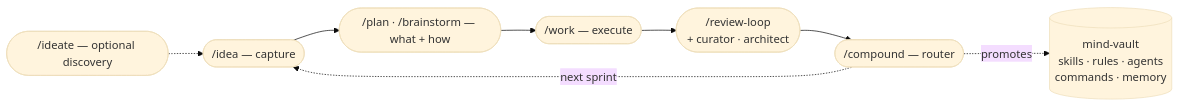
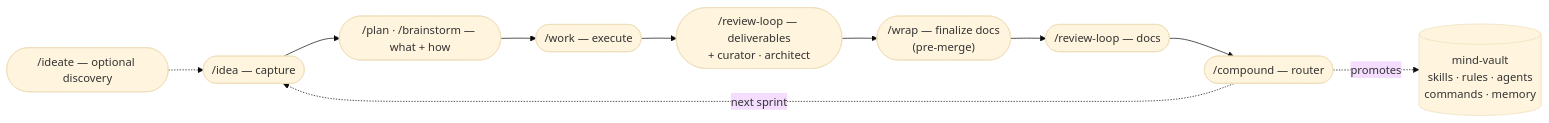
One commit to infohata/mind-vault changed the diagram in README.md. Above: the diagram before and after it, drawn with Mermaid (base theme). The commit also changed other lines of this file and 5 other files, not shown here.

First line of the commit message:
docs(idea): IDEA-013 — promote two-pass review/wrap to canonical in headline docs

````diff
--- a/README.md
+++ b/README.md
@@ -25,10 +25,12 @@
 ```mermaid
 flowchart LR
     I0(["/ideate — optional discovery"]) -.-> I1
     I1(["/idea — capture"]) --> P
     P(["/plan · /brainstorm — what + how"]) --> W
-    W(["/work — execute"]) --> R
-    R(["/review-loop <engine>\n+ curator · architect"]) --> C
+    W(["/work — execute"]) --> RD
+    RD(["/review-loop — deliverables\n+ curator · architect"]) --> WR
+    WR(["/wrap — finalize docs\n(pre-merge)"]) --> RR
+    RR(["/review-loop — docs"]) --> C
     C(["/compound — router"]) -.promotes.-> V[("mind-vault\nskills · rules · agents\ncommands · memory")]
     C -.next sprint.-> I1
 ```
````
